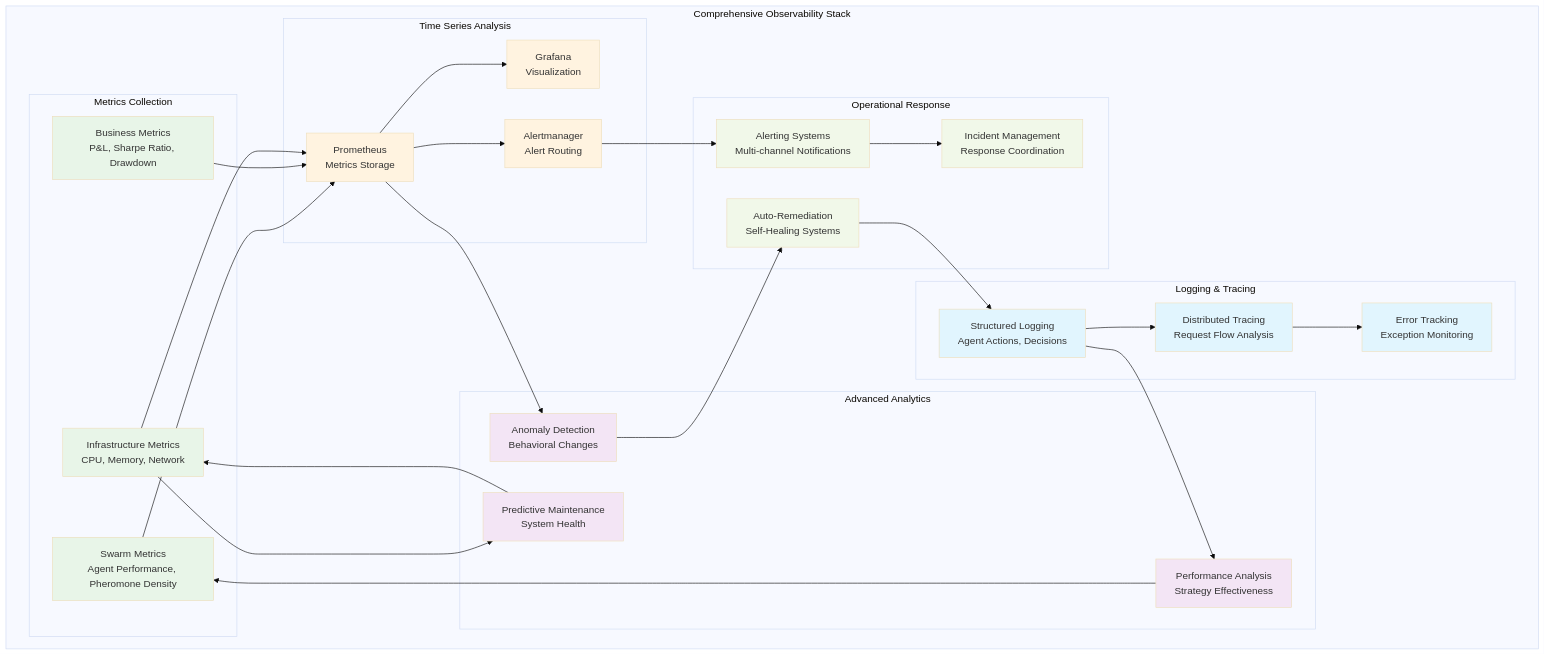
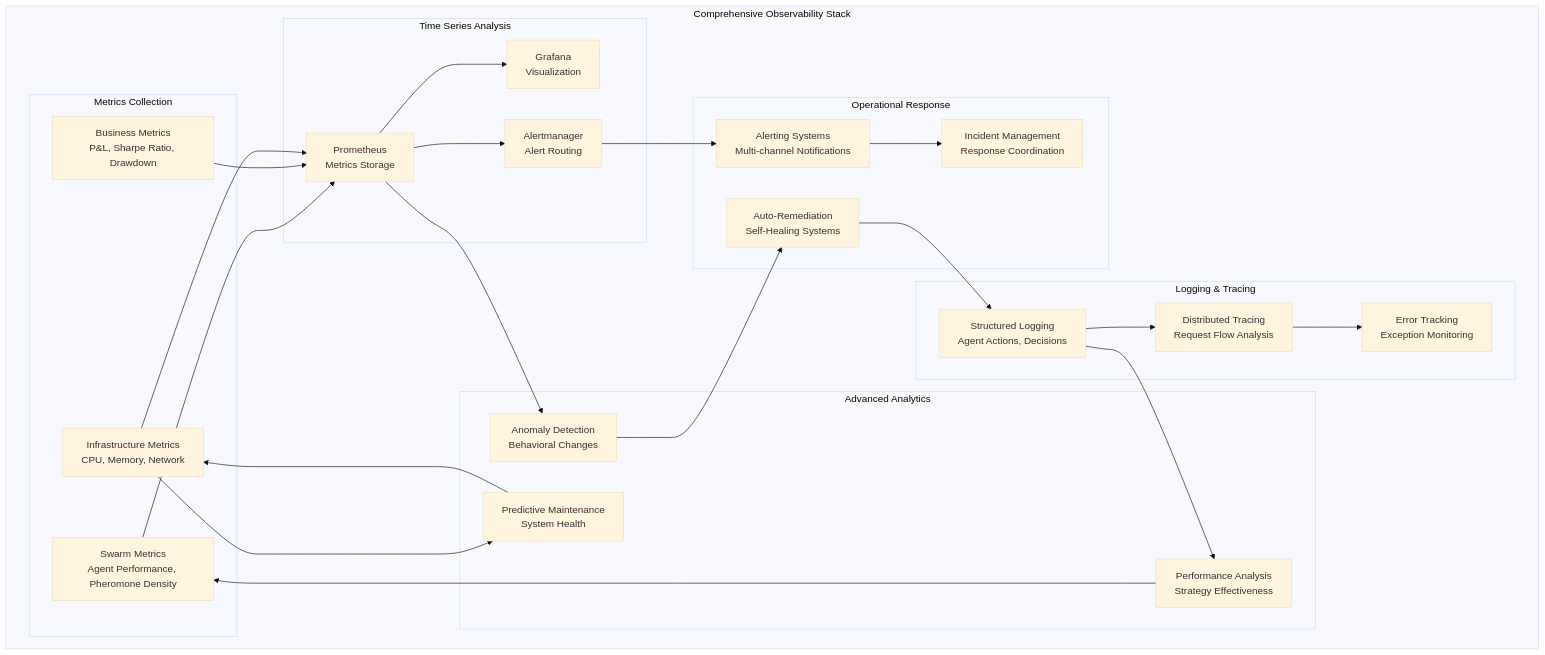
One commit to petewilburn/Python-Programs-for-Fun-and-Education changed diagram 11 of 12 in src/Python_Programs/Hierarchical_Swarm_Enterprise_Architecture.md. Above: the diagram before and after it, drawn with Mermaid (base theme). The commit also changed other lines of this file and 3 other files, not shown here.

Commit message:
Remove all Mermaid styling for better dark mode compatibility

````diff
--- a/src/Python_Programs/Hierarchical_Swarm_Enterprise_Architecture.md
+++ b/src/Python_Programs/Hierarchical_Swarm_Enterprise_Architecture.md
@@ -924,75 +817,64 @@
 ```mermaid
 graph TB
     subgraph "Comprehensive Observability Stack"
         subgraph "Metrics Collection"
             SwarmMetrics[Swarm Metrics<br/>Agent Performance, Pheromone Density]
             BusinessMetrics[Business Metrics<br/>P&L, Sharpe Ratio, Drawdown]
             InfraMetrics[Infrastructure Metrics<br/>CPU, Memory, Network]
         end
         
         subgraph "Logging & Tracing"
             StructuredLogs[Structured Logging<br/>Agent Actions, Decisions]
             DistributedTracing[Distributed Tracing<br/>Request Flow Analysis]
             ErrorTracking[Error Tracking<br/>Exception Monitoring]
         end
         
         subgraph "Time Series Analysis"
             Prometheus[Prometheus<br/>Metrics Storage]
             Grafana[Grafana<br/>Visualization]
             Alertmanager[Alertmanager<br/>Alert Routing]
         end
         
         subgraph "Advanced Analytics"
             AnomalyDetection[Anomaly Detection<br/>Behavioral Changes]
             PerformanceAnalysis[Performance Analysis<br/>Strategy Effectiveness]
             PredictiveMaintenance[Predictive Maintenance<br/>System Health]
         end
         
         subgraph "Operational Response"
             AlertingSystems[Alerting Systems<br/>Multi-channel Notifications]
             AutoRemediation[Auto-Remediation<br/>Self-Healing Systems]
             IncidentManagement[Incident Management<br/>Response Coordination]
         end
     end
     
     %% Metrics flow
     SwarmMetrics --> Prometheus
     BusinessMetrics --> Prometheus
     InfraMetrics --> Prometheus
     
     %% Logging flow
     StructuredLogs --> DistributedTracing
     DistributedTracing --> ErrorTracking
     
     %% Visualization
     Prometheus --> Grafana
     Prometheus --> Alertmanager
     
     %% Advanced analytics
     Prometheus --> AnomalyDetection
     StructuredLogs --> PerformanceAnalysis
     InfraMetrics --> PredictiveMaintenance
     
     %% Operational response
     Alertmanager --> AlertingSystems
     AnomalyDetection --> AutoRemediation
     AlertingSystems --> IncidentManagement
     
     %% Feedback loops
     PerformanceAnalysis --> SwarmMetrics
     PredictiveMaintenance --> InfraMetrics
     AutoRemediation --> StructuredLogs
     
     %% Styling
-    classDef metrics fill:#e8f5e8
-    classDef logging fill:#e1f5fe
-    classDef timeseries fill:#fff3e0
-    classDef analytics fill:#f3e5f5
-    classDef response fill:#f1f8e9
-    
-    class SwarmMetrics,BusinessMetrics,InfraMetrics metrics
-    class StructuredLogs,DistributedTracing,ErrorTracking logging
-    class Prometheus,Grafana,Alertmanager timeseries
-    class AnomalyDetection,PerformanceAnalysis,PredictiveMaintenance analytics
-    class AlertingSystems,AutoRemediation,IncidentManagement response
 ```
````
